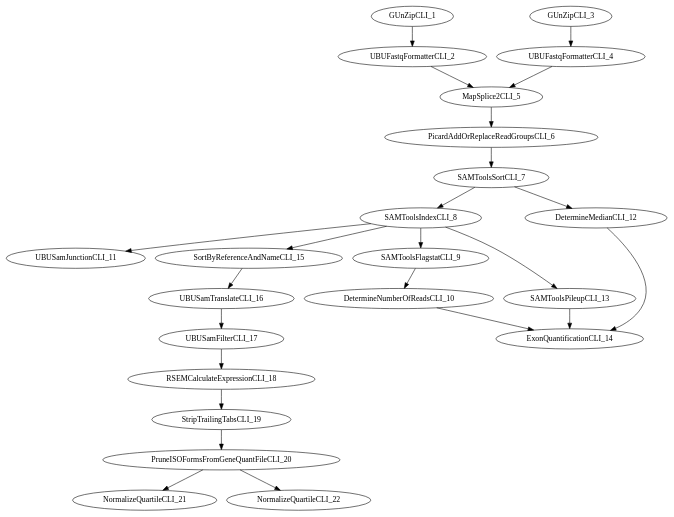
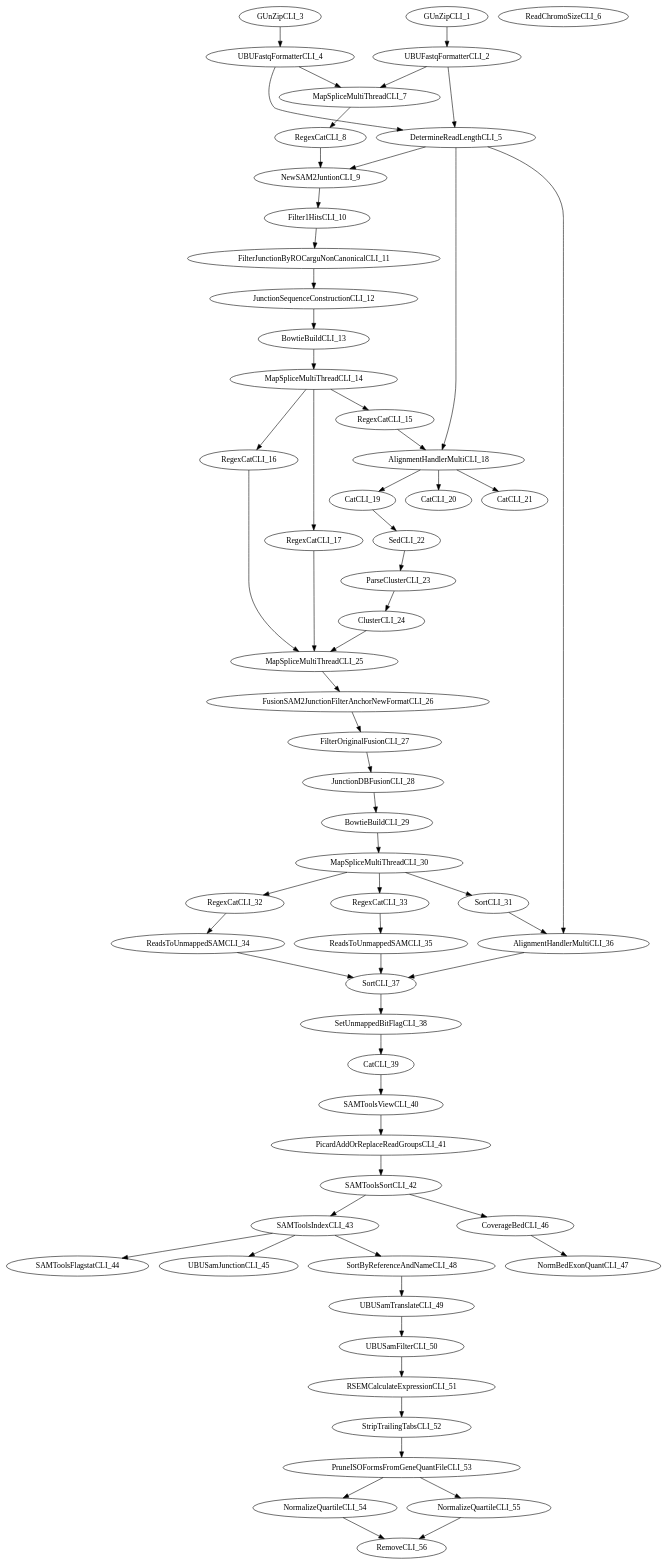
The diagram in rnaseq-workflow/src/site/resources/images/pipeline.dag.dot (jdr0887/MaPSeq-Pipeline-RNASeq), drawn with Graphviz before and after one commit. The commit also changed 2 other files, not shown here.

Commit message:
updating graphs

```diff
--- a/rnaseq-workflow/src/site/resources/images/pipeline.dag.dot
+++ b/rnaseq-workflow/src/site/resources/images/pipeline.dag.dot
@@ -1,47 +1,121 @@
 digraph G {
   GUnZipCLI_1 [ label="GUnZipCLI_1" ];
   UBUFastqFormatterCLI_2 [ label="UBUFastqFormatterCLI_2" ];
   GUnZipCLI_3 [ label="GUnZipCLI_3" ];
   UBUFastqFormatterCLI_4 [ label="UBUFastqFormatterCLI_4" ];
-  MapSplice2CLI_5 [ label="MapSplice2CLI_5" ];
-  PicardAddOrReplaceReadGroupsCLI_6 [ label="PicardAddOrReplaceReadGroupsCLI_6" ];
-  SAMToolsSortCLI_7 [ label="SAMToolsSortCLI_7" ];
-  SAMToolsIndexCLI_8 [ label="SAMToolsIndexCLI_8" ];
-  SAMToolsFlagstatCLI_9 [ label="SAMToolsFlagstatCLI_9" ];
-  DetermineNumberOfReadsCLI_10 [ label="DetermineNumberOfReadsCLI_10" ];
-  UBUSamJunctionCLI_11 [ label="UBUSamJunctionCLI_11" ];
-  DetermineMedianCLI_12 [ label="DetermineMedianCLI_12" ];
-  SAMToolsPileupCLI_13 [ label="SAMToolsPileupCLI_13" ];
-  ExonQuantificationCLI_14 [ label="ExonQuantificationCLI_14" ];
-  SortByReferenceAndNameCLI_15 [ label="SortByReferenceAndNameCLI_15" ];
-  UBUSamTranslateCLI_16 [ label="UBUSamTranslateCLI_16" ];
-  UBUSamFilterCLI_17 [ label="UBUSamFilterCLI_17" ];
-  RSEMCalculateExpressionCLI_18 [ label="RSEMCalculateExpressionCLI_18" ];
-  StripTrailingTabsCLI_19 [ label="StripTrailingTabsCLI_19" ];
-  PruneISOFormsFromGeneQuantFileCLI_20 [ label="PruneISOFormsFromGeneQuantFileCLI_20" ];
-  NormalizeQuartileCLI_21 [ label="NormalizeQuartileCLI_21" ];
-  NormalizeQuartileCLI_22 [ label="NormalizeQuartileCLI_22" ];
+  DetermineReadLengthCLI_5 [ label="DetermineReadLengthCLI_5" ];
+  ReadChromoSizeCLI_6 [ label="ReadChromoSizeCLI_6" ];
+  MapSpliceMultiThreadCLI_7 [ label="MapSpliceMultiThreadCLI_7" ];
+  RegexCatCLI_8 [ label="RegexCatCLI_8" ];
+  NewSAM2JuntionCLI_9 [ label="NewSAM2JuntionCLI_9" ];
+  Filter1HitsCLI_10 [ label="Filter1HitsCLI_10" ];
+  FilterJunctionByROCarguNonCanonicalCLI_11 [ label="FilterJunctionByROCarguNonCanonicalCLI_11" ];
+  JunctionSequenceConstructionCLI_12 [ label="JunctionSequenceConstructionCLI_12" ];
+  BowtieBuildCLI_13 [ label="BowtieBuildCLI_13" ];
+  MapSpliceMultiThreadCLI_14 [ label="MapSpliceMultiThreadCLI_14" ];
+  RegexCatCLI_15 [ label="RegexCatCLI_15" ];
+  RegexCatCLI_16 [ label="RegexCatCLI_16" ];
+  RegexCatCLI_17 [ label="RegexCatCLI_17" ];
+  AlignmentHandlerMultiCLI_18 [ label="AlignmentHandlerMultiCLI_18" ];
+  CatCLI_19 [ label="CatCLI_19" ];
+  CatCLI_20 [ label="CatCLI_20" ];
+  CatCLI_21 [ label="CatCLI_21" ];
+  SedCLI_22 [ label="SedCLI_22" ];
+  ParseClusterCLI_23 [ label="ParseClusterCLI_23" ];
+  ClusterCLI_24 [ label="ClusterCLI_24" ];
+  MapSpliceMultiThreadCLI_25 [ label="MapSpliceMultiThreadCLI_25" ];
+  FusionSAM2JunctionFilterAnchorNewFormatCLI_26 [ label="FusionSAM2JunctionFilterAnchorNewFormatCLI_26" ];
+  FilterOriginalFusionCLI_27 [ label="FilterOriginalFusionCLI_27" ];
+  JunctionDBFusionCLI_28 [ label="JunctionDBFusionCLI_28" ];
+  BowtieBuildCLI_29 [ label="BowtieBuildCLI_29" ];
+  MapSpliceMultiThreadCLI_30 [ label="MapSpliceMultiThreadCLI_30" ];
+  SortCLI_31 [ label="SortCLI_31" ];
+  RegexCatCLI_32 [ label="RegexCatCLI_32" ];
+  RegexCatCLI_33 [ label="RegexCatCLI_33" ];
+  ReadsToUnmappedSAMCLI_34 [ label="ReadsToUnmappedSAMCLI_34" ];
+  ReadsToUnmappedSAMCLI_35 [ label="ReadsToUnmappedSAMCLI_35" ];
+  AlignmentHandlerMultiCLI_36 [ label="AlignmentHandlerMultiCLI_36" ];
+  SortCLI_37 [ label="SortCLI_37" ];
+  SetUnmappedBitFlagCLI_38 [ label="SetUnmappedBitFlagCLI_38" ];
+  CatCLI_39 [ label="CatCLI_39" ];
+  SAMToolsViewCLI_40 [ label="SAMToolsViewCLI_40" ];
+  PicardAddOrReplaceReadGroupsCLI_41 [ label="PicardAddOrReplaceReadGroupsCLI_41" ];
+  SAMToolsSortCLI_42 [ label="SAMToolsSortCLI_42" ];
+  SAMToolsIndexCLI_43 [ label="SAMToolsIndexCLI_43" ];
+  SAMToolsFlagstatCLI_44 [ label="SAMToolsFlagstatCLI_44" ];
+  UBUSamJunctionCLI_45 [ label="UBUSamJunctionCLI_45" ];
+  CoverageBedCLI_46 [ label="CoverageBedCLI_46" ];
+  NormBedExonQuantCLI_47 [ label="NormBedExonQuantCLI_47" ];
+  SortByReferenceAndNameCLI_48 [ label="SortByReferenceAndNameCLI_48" ];
+  UBUSamTranslateCLI_49 [ label="UBUSamTranslateCLI_49" ];
+  UBUSamFilterCLI_50 [ label="UBUSamFilterCLI_50" ];
+  RSEMCalculateExpressionCLI_51 [ label="RSEMCalculateExpressionCLI_51" ];
+  StripTrailingTabsCLI_52 [ label="StripTrailingTabsCLI_52" ];
+  PruneISOFormsFromGeneQuantFileCLI_53 [ label="PruneISOFormsFromGeneQuantFileCLI_53" ];
+  NormalizeQuartileCLI_54 [ label="NormalizeQuartileCLI_54" ];
+  NormalizeQuartileCLI_55 [ label="NormalizeQuartileCLI_55" ];
+  RemoveCLI_56 [ label="RemoveCLI_56" ];
   GUnZipCLI_1 -> UBUFastqFormatterCLI_2;
   GUnZipCLI_3 -> UBUFastqFormatterCLI_4;
-  UBUFastqFormatterCLI_2 -> MapSplice2CLI_5;
-  UBUFastqFormatterCLI_4 -> MapSplice2CLI_5;
-  MapSplice2CLI_5 -> PicardAddOrReplaceReadGroupsCLI_6;
-  PicardAddOrReplaceReadGroupsCLI_6 -> SAMToolsSortCLI_7;
-  SAMToolsSortCLI_7 -> SAMToolsIndexCLI_8;
-  SAMToolsIndexCLI_8 -> SAMToolsFlagstatCLI_9;
-  SAMToolsFlagstatCLI_9 -> DetermineNumberOfReadsCLI_10;
-  SAMToolsIndexCLI_8 -> UBUSamJunctionCLI_11;
-  SAMToolsSortCLI_7 -> DetermineMedianCLI_12;
-  SAMToolsIndexCLI_8 -> SAMToolsPileupCLI_13;
-  SAMToolsPileupCLI_13 -> ExonQuantificationCLI_14;
-  DetermineNumberOfReadsCLI_10 -> ExonQuantificationCLI_14;
-  DetermineMedianCLI_12 -> ExonQuantificationCLI_14;
-  SAMToolsIndexCLI_8 -> SortByReferenceAndNameCLI_15;
-  SortByReferenceAndNameCLI_15 -> UBUSamTranslateCLI_16;
-  UBUSamTranslateCLI_16 -> UBUSamFilterCLI_17;
-  UBUSamFilterCLI_17 -> RSEMCalculateExpressionCLI_18;
-  RSEMCalculateExpressionCLI_18 -> StripTrailingTabsCLI_19;
-  StripTrailingTabsCLI_19 -> PruneISOFormsFromGeneQuantFileCLI_20;
-  PruneISOFormsFromGeneQuantFileCLI_20 -> NormalizeQuartileCLI_21;
-  PruneISOFormsFromGeneQuantFileCLI_20 -> NormalizeQuartileCLI_22;
+  UBUFastqFormatterCLI_2 -> DetermineReadLengthCLI_5;
+  UBUFastqFormatterCLI_4 -> DetermineReadLengthCLI_5;
+  UBUFastqFormatterCLI_2 -> MapSpliceMultiThreadCLI_7;
+  UBUFastqFormatterCLI_4 -> MapSpliceMultiThreadCLI_7;
+  MapSpliceMultiThreadCLI_7 -> RegexCatCLI_8;
+  DetermineReadLengthCLI_5 -> NewSAM2JuntionCLI_9;
+  RegexCatCLI_8 -> NewSAM2JuntionCLI_9;
+  NewSAM2JuntionCLI_9 -> Filter1HitsCLI_10;
+  Filter1HitsCLI_10 -> FilterJunctionByROCarguNonCanonicalCLI_11;
+  FilterJunctionByROCarguNonCanonicalCLI_11 -> JunctionSequenceConstructionCLI_12;
+  JunctionSequenceConstructionCLI_12 -> BowtieBuildCLI_13;
+  BowtieBuildCLI_13 -> MapSpliceMultiThreadCLI_14;
+  MapSpliceMultiThreadCLI_14 -> RegexCatCLI_15;
+  MapSpliceMultiThreadCLI_14 -> RegexCatCLI_16;
+  MapSpliceMultiThreadCLI_14 -> RegexCatCLI_17;
+  DetermineReadLengthCLI_5 -> AlignmentHandlerMultiCLI_18;
+  RegexCatCLI_15 -> AlignmentHandlerMultiCLI_18;
+  AlignmentHandlerMultiCLI_18 -> CatCLI_19;
+  AlignmentHandlerMultiCLI_18 -> CatCLI_20;
+  AlignmentHandlerMultiCLI_18 -> CatCLI_21;
+  CatCLI_19 -> SedCLI_22;
+  SedCLI_22 -> ParseClusterCLI_23;
+  ParseClusterCLI_23 -> ClusterCLI_24;
+  ClusterCLI_24 -> MapSpliceMultiThreadCLI_25;
+  RegexCatCLI_16 -> MapSpliceMultiThreadCLI_25;
+  RegexCatCLI_17 -> MapSpliceMultiThreadCLI_25;
+  MapSpliceMultiThreadCLI_25 -> FusionSAM2JunctionFilterAnchorNewFormatCLI_26;
+  FusionSAM2JunctionFilterAnchorNewFormatCLI_26 -> FilterOriginalFusionCLI_27;
+  FilterOriginalFusionCLI_27 -> JunctionDBFusionCLI_28;
+  JunctionDBFusionCLI_28 -> BowtieBuildCLI_29;
+  BowtieBuildCLI_29 -> MapSpliceMultiThreadCLI_30;
+  MapSpliceMultiThreadCLI_30 -> SortCLI_31;
+  MapSpliceMultiThreadCLI_30 -> RegexCatCLI_32;
+  MapSpliceMultiThreadCLI_30 -> RegexCatCLI_33;
+  RegexCatCLI_32 -> ReadsToUnmappedSAMCLI_34;
+  RegexCatCLI_33 -> ReadsToUnmappedSAMCLI_35;
+  SortCLI_31 -> AlignmentHandlerMultiCLI_36;
+  DetermineReadLengthCLI_5 -> AlignmentHandlerMultiCLI_36;
+  AlignmentHandlerMultiCLI_36 -> SortCLI_37;
+  ReadsToUnmappedSAMCLI_34 -> SortCLI_37;
+  ReadsToUnmappedSAMCLI_35 -> SortCLI_37;
+  SortCLI_37 -> SetUnmappedBitFlagCLI_38;
+  SetUnmappedBitFlagCLI_38 -> CatCLI_39;
+  CatCLI_39 -> SAMToolsViewCLI_40;
+  SAMToolsViewCLI_40 -> PicardAddOrReplaceReadGroupsCLI_41;
+  PicardAddOrReplaceReadGroupsCLI_41 -> SAMToolsSortCLI_42;
+  SAMToolsSortCLI_42 -> SAMToolsIndexCLI_43;
+  SAMToolsIndexCLI_43 -> SAMToolsFlagstatCLI_44;
+  SAMToolsIndexCLI_43 -> UBUSamJunctionCLI_45;
+  SAMToolsSortCLI_42 -> CoverageBedCLI_46;
+  CoverageBedCLI_46 -> NormBedExonQuantCLI_47;
+  SAMToolsIndexCLI_43 -> SortByReferenceAndNameCLI_48;
+  SortByReferenceAndNameCLI_48 -> UBUSamTranslateCLI_49;
+  UBUSamTranslateCLI_49 -> UBUSamFilterCLI_50;
+  UBUSamFilterCLI_50 -> RSEMCalculateExpressionCLI_51;
+  RSEMCalculateExpressionCLI_51 -> StripTrailingTabsCLI_52;
+  StripTrailingTabsCLI_52 -> PruneISOFormsFromGeneQuantFileCLI_53;
+  PruneISOFormsFromGeneQuantFileCLI_53 -> NormalizeQuartileCLI_54;
+  PruneISOFormsFromGeneQuantFileCLI_53 -> NormalizeQuartileCLI_55;
+  NormalizeQuartileCLI_54 -> RemoveCLI_56;
+  NormalizeQuartileCLI_55 -> RemoveCLI_56;
 }
```
